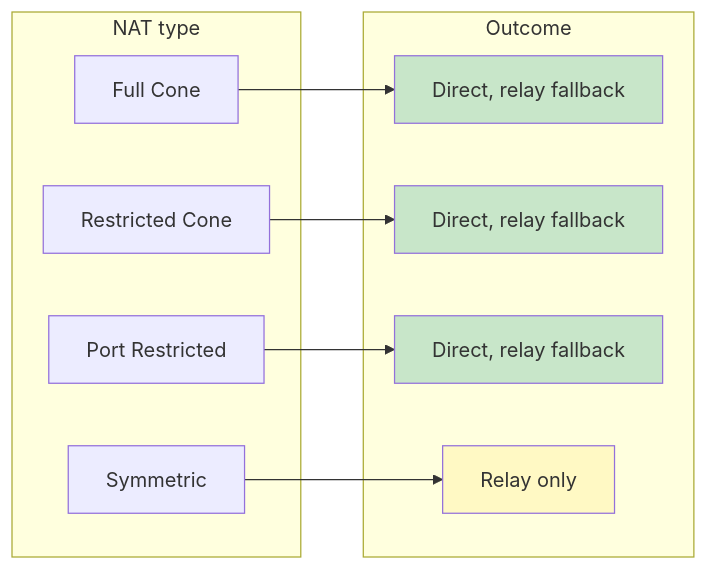
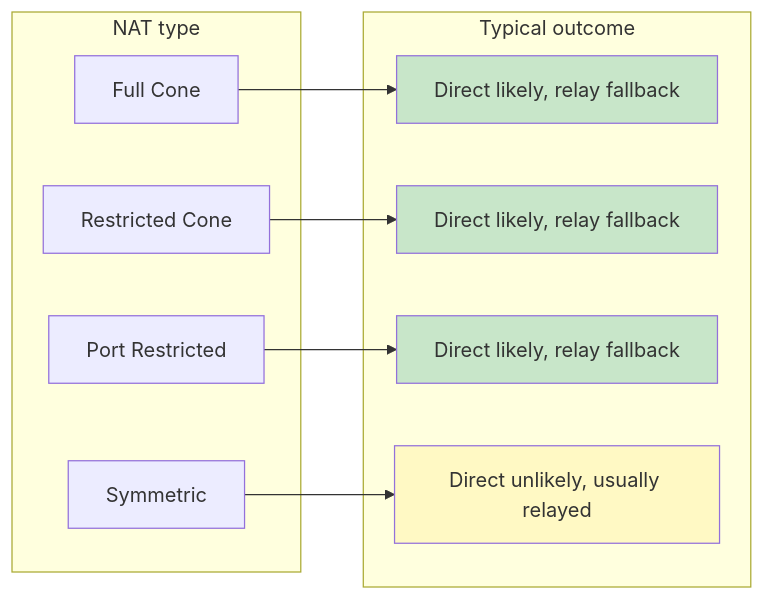
The second of 3 diagrams in nat-traversal-and-transport.md (flexaccessdev/iroh-common-architecture), drawn with Mermaid before and after one commit. The commit also changed other lines of this file and 5 other files, not shown here.

````diff
--- a/nat-traversal-and-transport.md
+++ b/nat-traversal-and-transport.md
@@ -64,26 +77,26 @@
 ```mermaid
 graph LR
     subgraph "NAT type"
         A[Full Cone]
         B[Restricted Cone]
         C[Port Restricted]
         D[Symmetric]
     end
 
-    subgraph "Outcome"
-        E1[Direct, relay fallback]
-        E2[Direct, relay fallback]
-        E3[Direct, relay fallback]
-        E4[Relay only]
+    subgraph "Typical outcome"
+        E1[Direct likely, relay fallback]
+        E2[Direct likely, relay fallback]
+        E3[Direct likely, relay fallback]
+        E4[Direct unlikely, usually relayed]
     end
 
     A --> E1
     B --> E2
     C --> E3
     D --> E4
 
     style E1 fill:#C8E6C9
     style E2 fill:#C8E6C9
     style E3 fill:#C8E6C9
     style E4 fill:#FFF9C4
 ```
````
